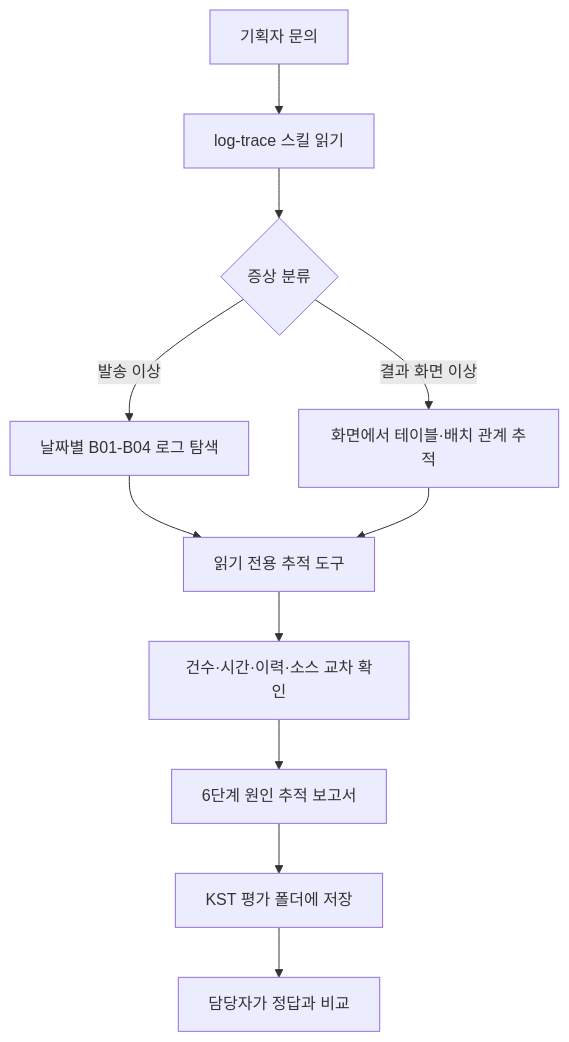
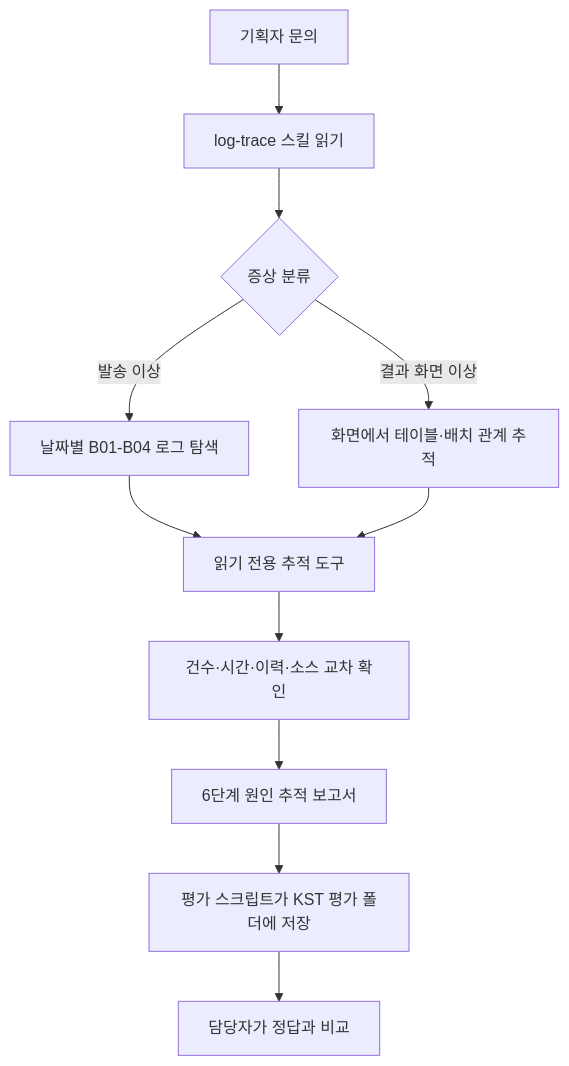
Before and after one commit to yejirhdwn/Agent-Build-and-Evaluation-Practice: the diagram in README.md, drawn with Mermaid. The commit also changed other lines of this file and 10 other files, not shown here.

````diff
--- a/README.md
+++ b/README.md
@@ -11,13 +11,13 @@
 ```mermaid
 flowchart TD
     Q[기획자 문의] --> S[log-trace 스킬 읽기]
     S --> C{증상 분류}
     C -->|발송 이상| L[날짜별 B01-B04 로그 탐색]
     C -->|결과 화면 이상| R[화면에서 테이블·배치 관계 추적]
     L --> T[읽기 전용 추적 도구]
     R --> T
     T --> X[건수·시간·이력·소스 교차 확인]
     X --> O[6단계 원인 추적 보고서]
-    O --> W[KST 평가 폴더에 저장]
+    O --> W[평가 스크립트가 KST 평가 폴더에 저장]
     W --> H[담당자가 정답과 비교]
 ```
````
